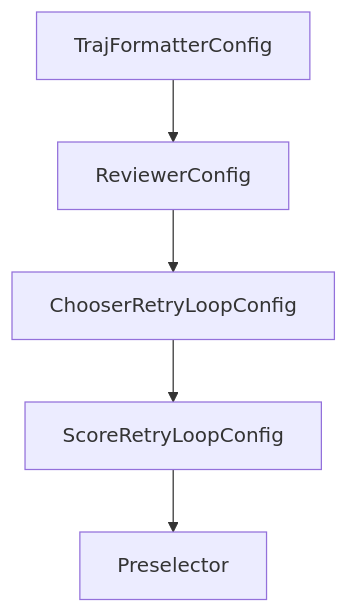
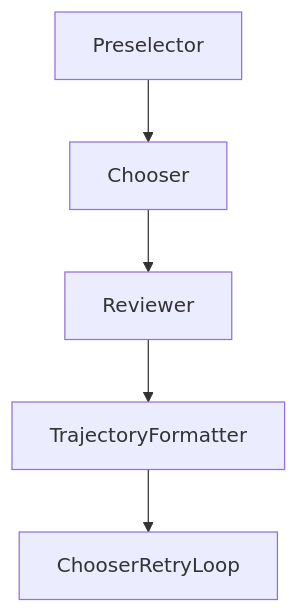
One commit to johnxie/awesome-code-docs changed the diagram in tutorials/swe-agent-tutorial/05-benchmarking-and-evaluation-practices.md. Above: the diagram before and after it, drawn with Mermaid. The commit also changed other lines of this file and 1232 other files, not shown here.

````diff
--- a/tutorials/swe-agent-tutorial/05-benchmarking-and-evaluation-practices.md
+++ b/tutorials/swe-agent-tutorial/05-benchmarking-and-evaluation-practices.md
@@ -213,12 +211,12 @@
 ```mermaid
 flowchart TD
-    A[TrajFormatterConfig]
-    B[ReviewerConfig]
-    C[ChooserRetryLoopConfig]
-    D[ScoreRetryLoopConfig]
-    E[Preselector]
+    A[Preselector]
+    B[Chooser]
+    C[Reviewer]
+    D[TrajectoryFormatter]
+    E[ChooserRetryLoop]
     A --> B
     B --> C
     C --> D
     D --> E
 ```
````
